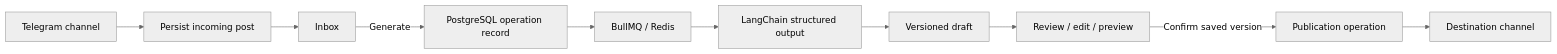
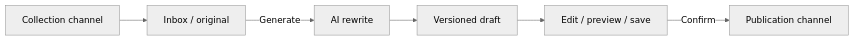
Before and after one commit to yurkagon/ai-rephrase-repost-telegram-bot: the diagram in README.md, drawn with Mermaid (neutral theme). The commit also changed other lines of this file and 10 other files, not shown here.

````diff
--- a/README.md
+++ b/README.md
@@ -21,12 +33,8 @@
 ```mermaid
 flowchart LR
-  TG[Telegram channel] --> Ingest[Persist incoming post]
-  Ingest --> Inbox[Inbox]
-  Inbox -->|Generate| Op[PostgreSQL operation record]
-  Op --> Queue[BullMQ / Redis]
-  Queue --> AI[LangChain structured output]
+  Source[Collection channel] --> Inbox[Inbox / original]
+  Inbox -->|Generate| AI[AI rewrite]
   AI --> Draft[Versioned draft]
-  Draft --> Review[Review / edit / preview]
-  Review -->|Confirm saved version| Send[Publication operation]
-  Send --> Destination[Destination channel]
+  Draft --> Review[Edit / preview / save]
+  Review -->|Confirm| Target[Publication channel]
 ```
````
